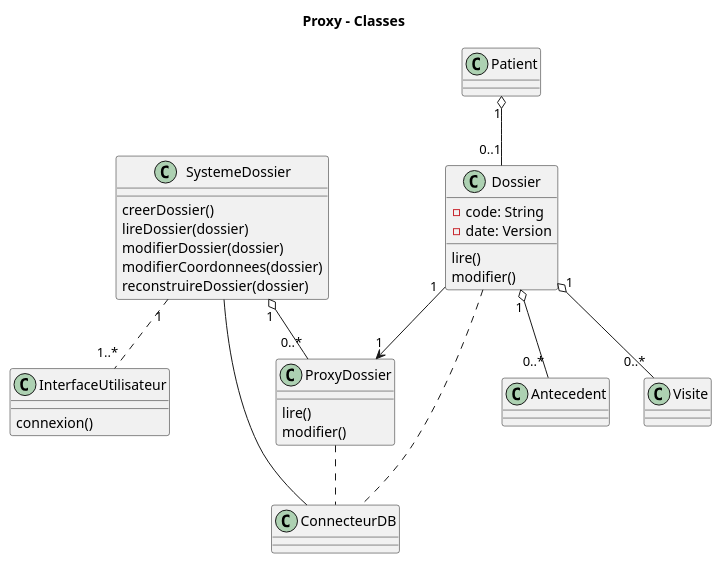
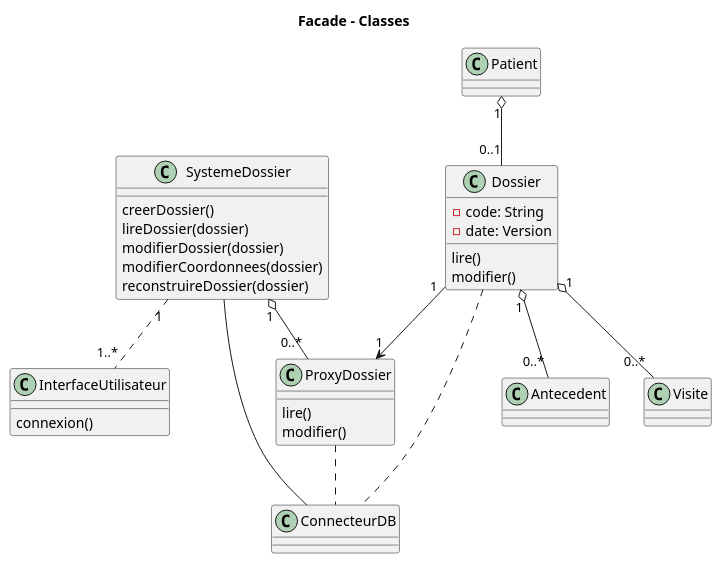
The diagram in FacadeSysteme.puml (vbrayuqam/projet-genielog), drawn with PlantUML before and after one commit. The commit also changed 2 other files, not shown here.

Commit message:
seq facade

```diff
--- a/FacadeSysteme.puml
+++ b/FacadeSysteme.puml
@@ -1,44 +1,44 @@
 @startuml Classes
 
-title Proxy - Classes
+title Facade - Classes
 
 class InterfaceUtilisateur{
     connexion()
 }
 
 class SystemeDossier{
     creerDossier()
     lireDossier(dossier)
     modifierDossier(dossier)
     modifierCoordonnees(dossier)
     reconstruireDossier(dossier)
 
 }
 
 class ConnecteurDB{
 }
 
 ConnecteurDB -- SystemeDossier
 
 
 class Dossier{
     - code: String
     - date: Version
     lire()
     modifier()
 }
 
 class ProxyDossier{
     lire()
     modifier()
 }
 
 Dossier "1" --> "1" ProxyDossier
 SystemeDossier "1" o-- "0..*" ProxyDossier
 Patient "1" o-- "0..1" Dossier
 Dossier "1" o-- "0..*" Antecedent
 Dossier "1" o-- "0..*" Visite
 Dossier .. ConnecteurDB
 ProxyDossier ..ConnecteurDB
 SystemeDossier "1" .. "1..*" InterfaceUtilisateur
 @enduml
```
